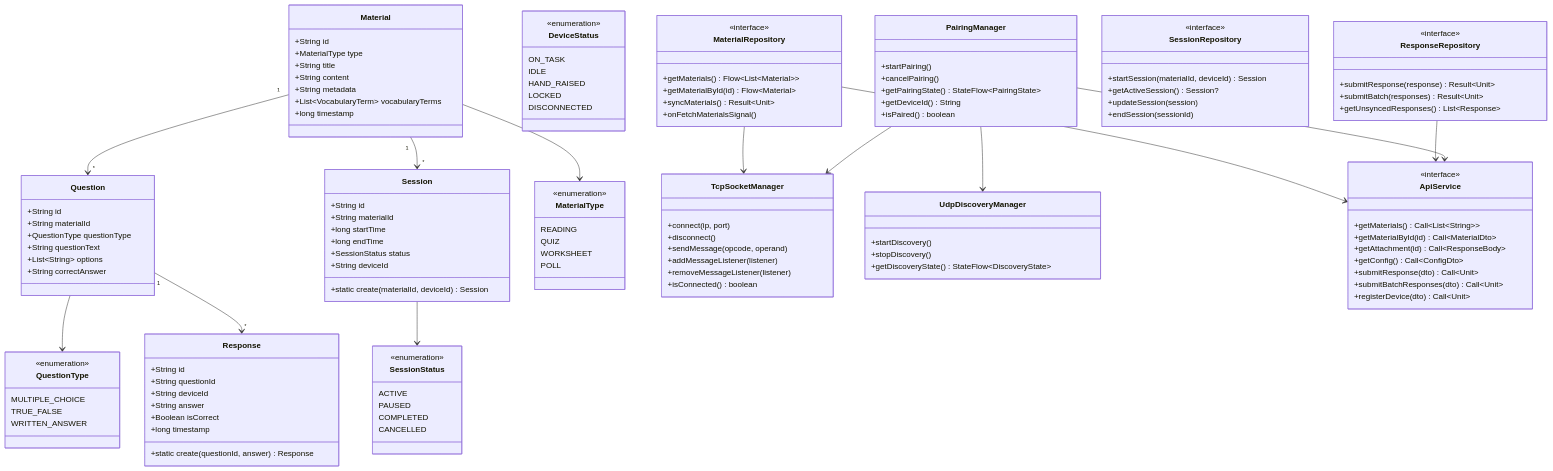
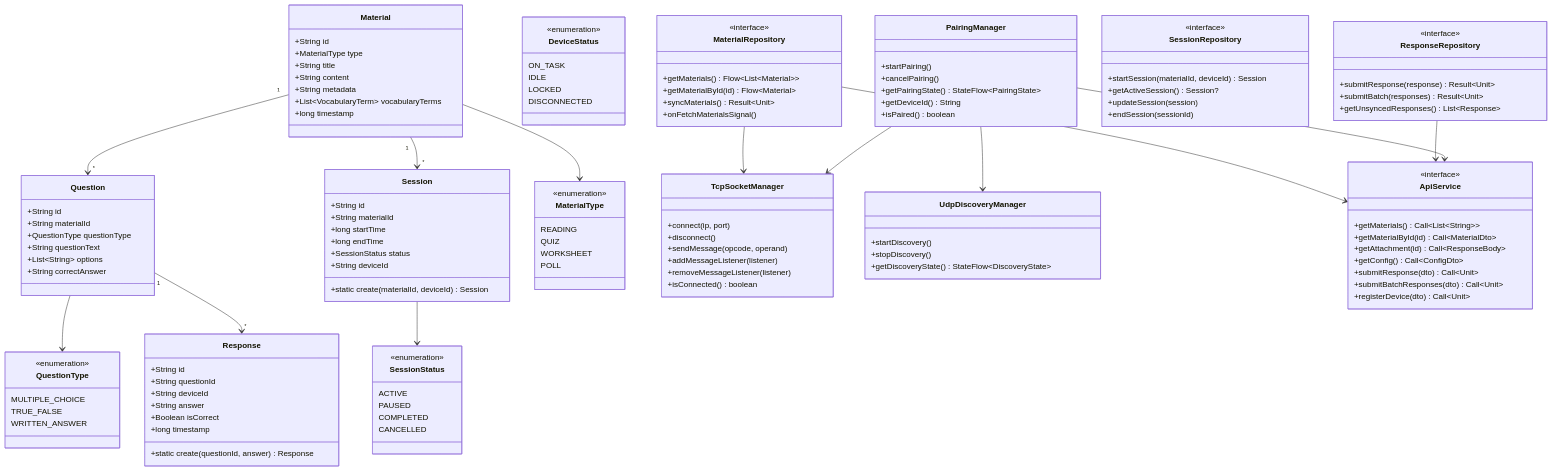
Before and after one commit to raphaellith/Manuscripta: the tenth of 13 diagrams in docs/Android System Design.md, drawn with Mermaid. The commit also changed other lines of this file, not shown here.

First line of the commit message:
docs: remove HAND_RAISED state from Android system design

```diff
--- a/docs/Android System Design.md
+++ b/docs/Android System Design.md
@@ -414,7 +408,6 @@
         <<enumeration>>
         ON_TASK
         IDLE
-        HAND_RAISED
         LOCKED
         DISCONNECTED
     }
```
